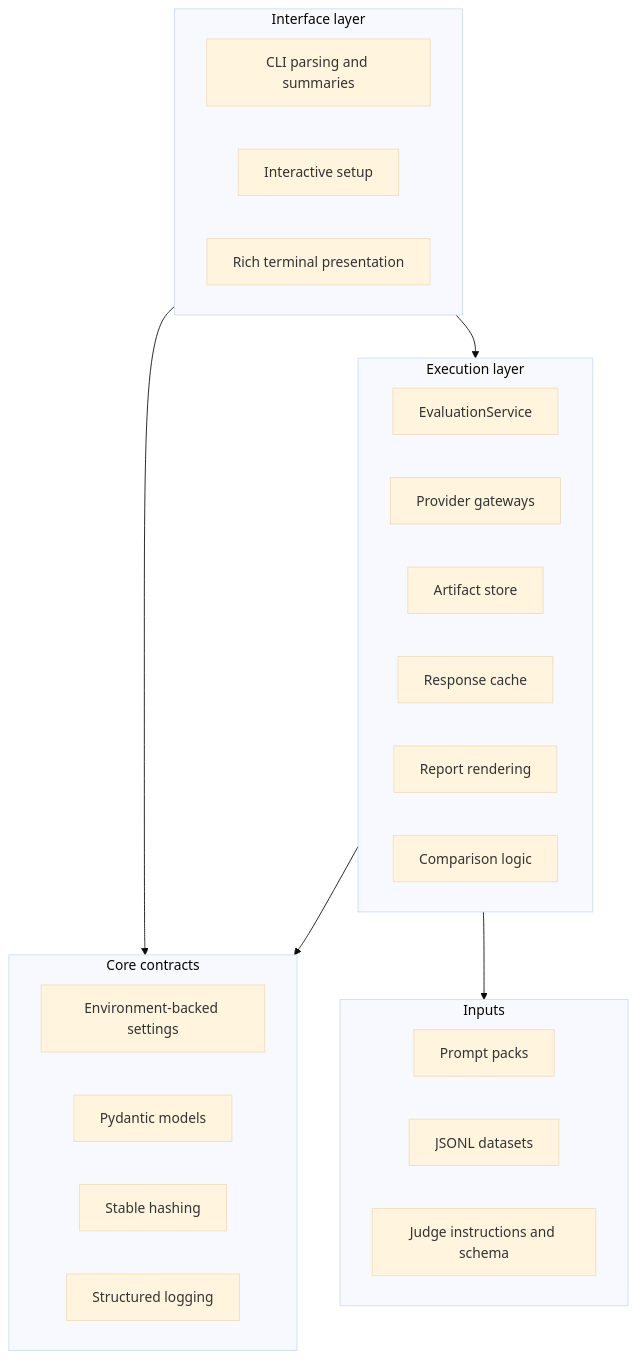
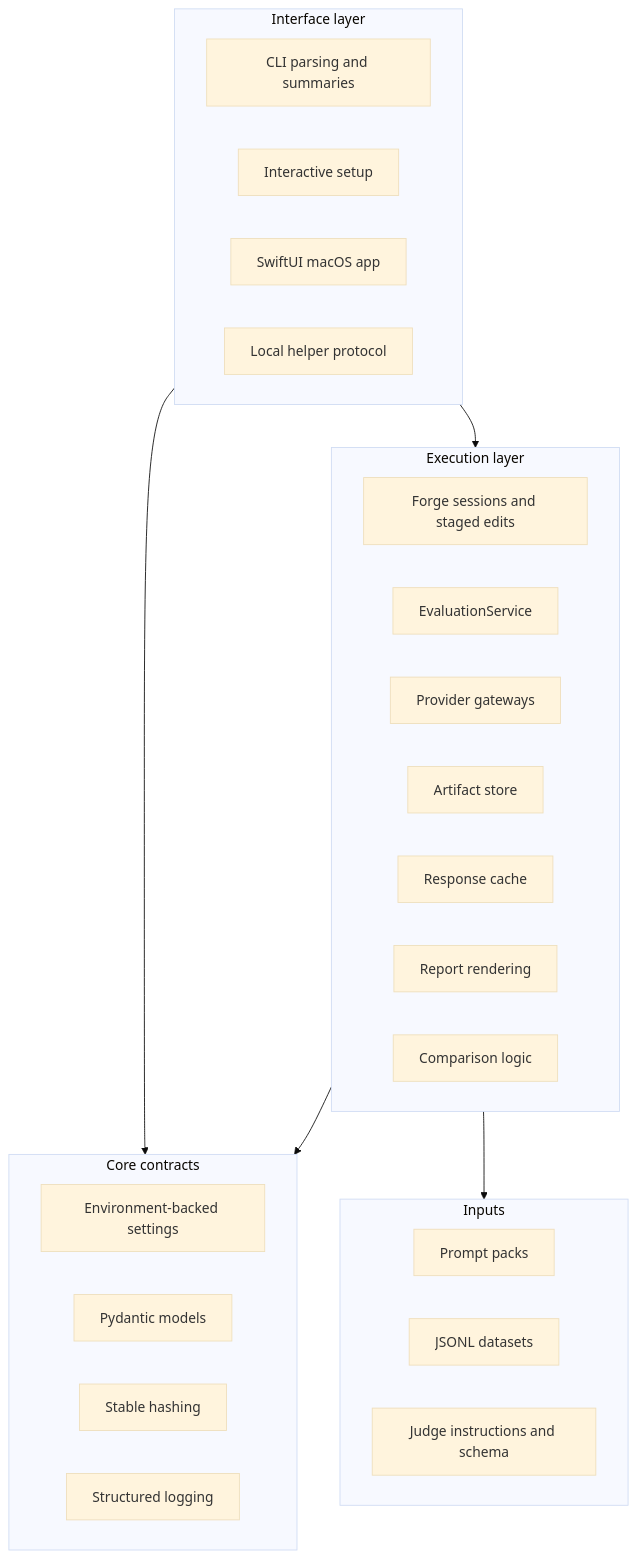
The second of 3 diagrams in docs/architecture.md (MikesHorcrux/PromptForge), drawn with Mermaid (base theme) before and after one commit. The commit also changed other lines of this file and 34 other files, not shown here.

````diff
--- a/docs/architecture.md
+++ b/docs/architecture.md
@@ -51,35 +52,37 @@
 ```mermaid
 flowchart TB
   subgraph Interface["Interface layer"]
     CLI["CLI parsing and summaries"]
     Setup["Interactive setup"]
-    UI["Rich terminal presentation"]
+    App["SwiftUI macOS app"]
+    Helper["Local helper protocol"]
   end
 
   subgraph Core["Core contracts"]
     Config["Environment-backed settings"]
     Models["Pydantic models"]
     Hashing["Stable hashing"]
     Logging["Structured logging"]
   end
 
   subgraph Runtime["Execution layer"]
+    Forge["Forge sessions and staged edits"]
     RunService["EvaluationService"]
     Gateway["Provider gateways"]
     Artifacts["Artifact store"]
     Cache["Response cache"]
     Reports["Report rendering"]
     Compare["Comparison logic"]
   end
 
   subgraph Assets["Inputs"]
     PromptPacks["Prompt packs"]
     Datasets["JSONL datasets"]
     JudgeAssets["Judge instructions and schema"]
   end
 
   Interface --> Runtime
   Interface --> Core
   Runtime --> Core
   Runtime --> Assets
 ```
````
